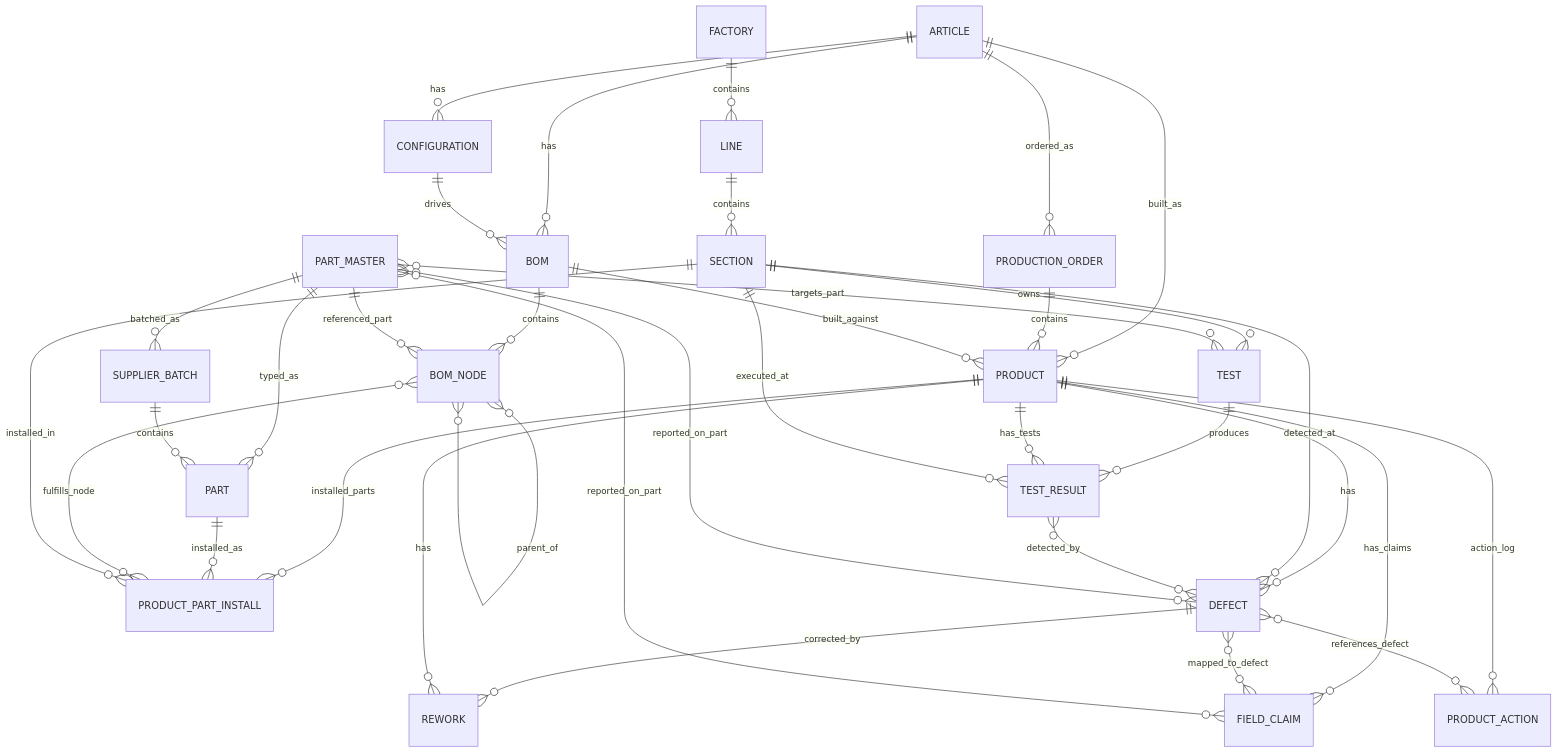
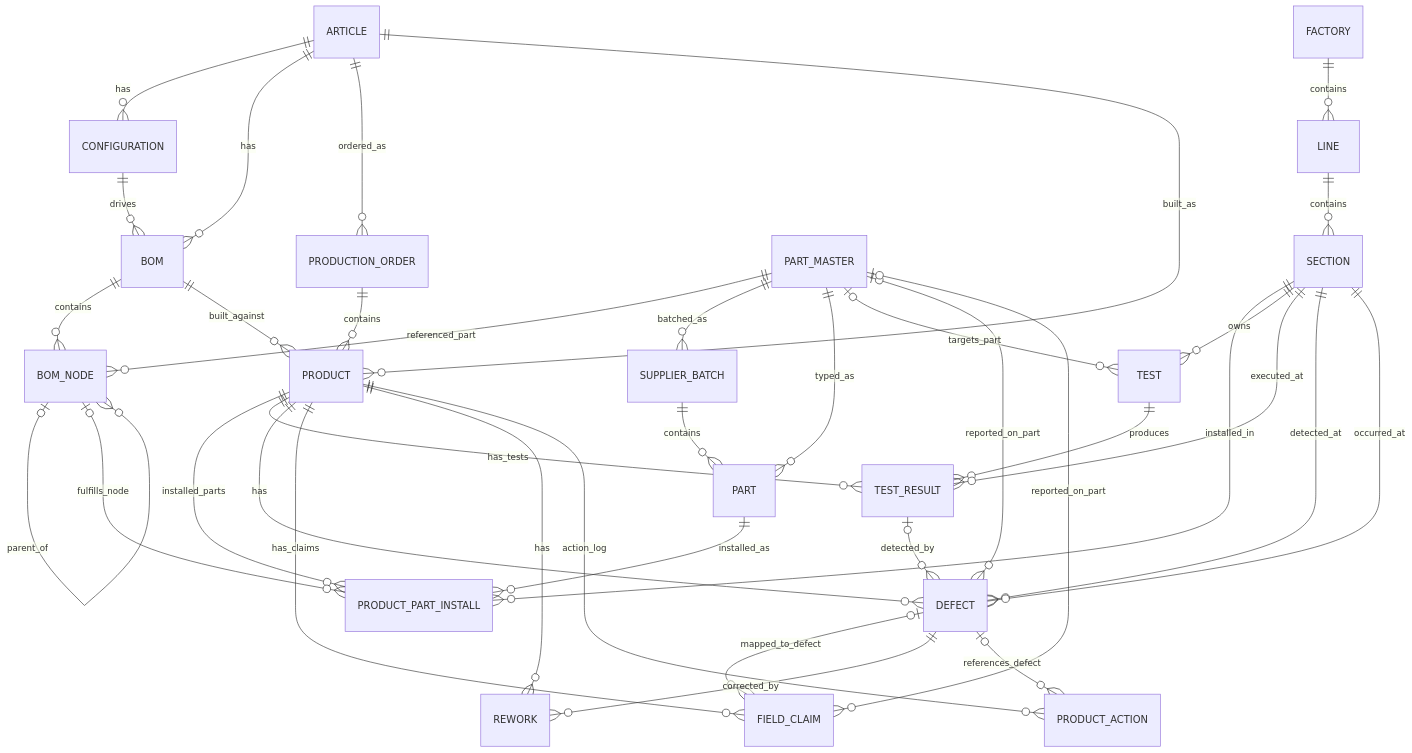
Before and after one commit to sachin-aag/codex-manex: the diagram in docs/SCHEMA.md, drawn with Mermaid. The commit also changed other lines of this file and 16 other files, not shown here.

````diff
--- a/docs/SCHEMA.md
+++ b/docs/SCHEMA.md
@@ -8,47 +8,48 @@
 ```mermaid
 erDiagram
   ARTICLE ||--o{ CONFIGURATION  : has
   ARTICLE ||--o{ BOM            : has
   ARTICLE ||--o{ PRODUCTION_ORDER : ordered_as
   ARTICLE ||--o{ PRODUCT        : built_as
   CONFIGURATION ||--o{ BOM      : drives
 
   BOM ||--o{ BOM_NODE           : contains
-  BOM_NODE }o--o{ BOM_NODE      : parent_of
+  BOM_NODE o|--o{ BOM_NODE      : parent_of
   PART_MASTER ||--o{ BOM_NODE   : referenced_part
   PART_MASTER ||--o{ SUPPLIER_BATCH : batched_as
   PART_MASTER ||--o{ PART       : typed_as
   SUPPLIER_BATCH ||--o{ PART    : contains
 
   PRODUCTION_ORDER ||--o{ PRODUCT : contains
   BOM ||--o{ PRODUCT            : built_against
 
   FACTORY ||--o{ LINE           : contains
   LINE ||--o{ SECTION           : contains
 
   PRODUCT ||--o{ PRODUCT_PART_INSTALL : installed_parts
   PART ||--o{ PRODUCT_PART_INSTALL    : installed_as
-  BOM_NODE }o--o{ PRODUCT_PART_INSTALL : fulfills_node
+  BOM_NODE o|--o{ PRODUCT_PART_INSTALL : fulfills_node
   SECTION ||--o{ PRODUCT_PART_INSTALL  : installed_in
 
   SECTION ||--o{ TEST           : owns
-  PART_MASTER }o--o{ TEST       : targets_part
+  PART_MASTER o|--o{ TEST       : targets_part
   TEST ||--o{ TEST_RESULT       : produces
   PRODUCT ||--o{ TEST_RESULT    : has_tests
   SECTION ||--o{ TEST_RESULT    : executed_at
 
   PRODUCT ||--o{ DEFECT         : has
   SECTION ||--o{ DEFECT         : detected_at
-  TEST_RESULT }o--o{ DEFECT     : detected_by
-  PART_MASTER }o--o{ DEFECT     : reported_on_part
+  SECTION ||--o{ DEFECT         : occurred_at
+  TEST_RESULT o|--o{ DEFECT     : detected_by
+  PART_MASTER o|--o{ DEFECT     : reported_on_part
 
   PRODUCT ||--o{ FIELD_CLAIM    : has_claims
-  DEFECT }o--o{ FIELD_CLAIM     : mapped_to_defect
-  PART_MASTER }o--o{ FIELD_CLAIM : reported_on_part
+  DEFECT o|--o{ FIELD_CLAIM     : mapped_to_defect
+  PART_MASTER o|--o{ FIELD_CLAIM : reported_on_part
 
   DEFECT ||--o{ REWORK          : corrected_by
   PRODUCT ||--o{ REWORK         : has
 
   PRODUCT ||--o{ PRODUCT_ACTION : action_log
-  DEFECT }o--o{ PRODUCT_ACTION  : references_defect
+  DEFECT o|--o{ PRODUCT_ACTION  : references_defect
 ```
````
